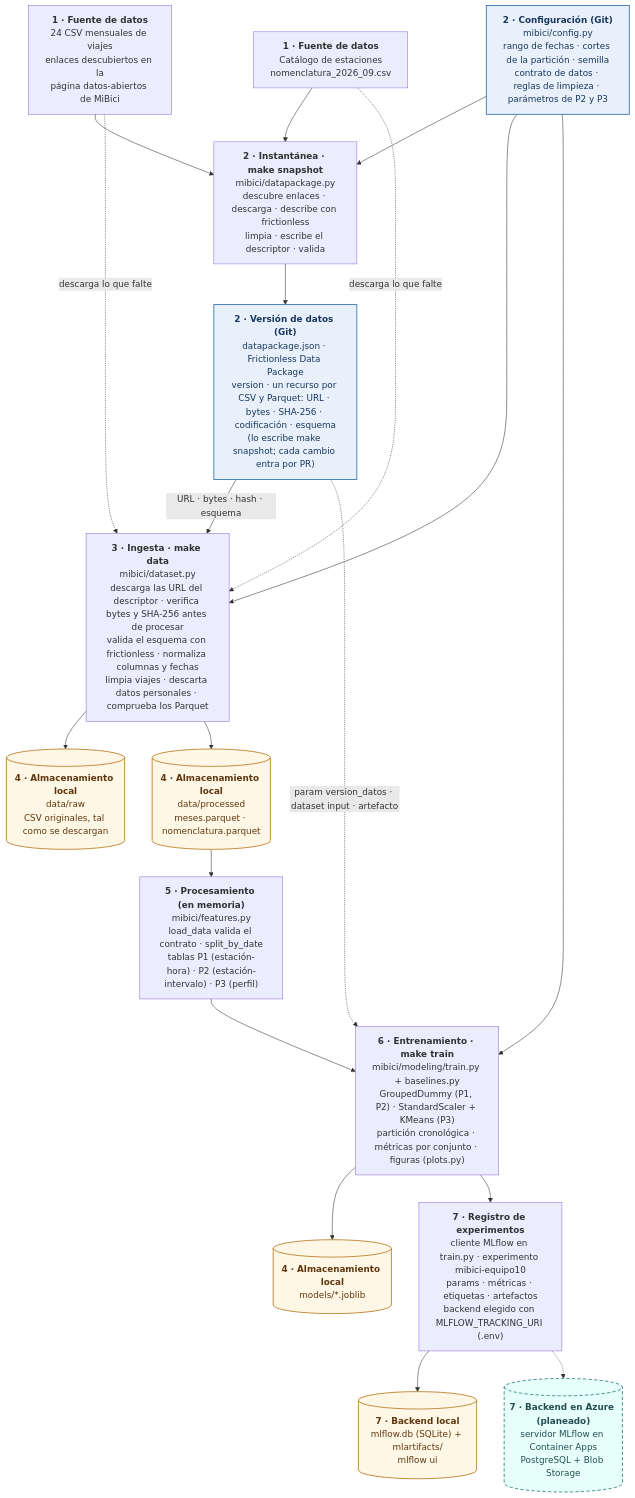
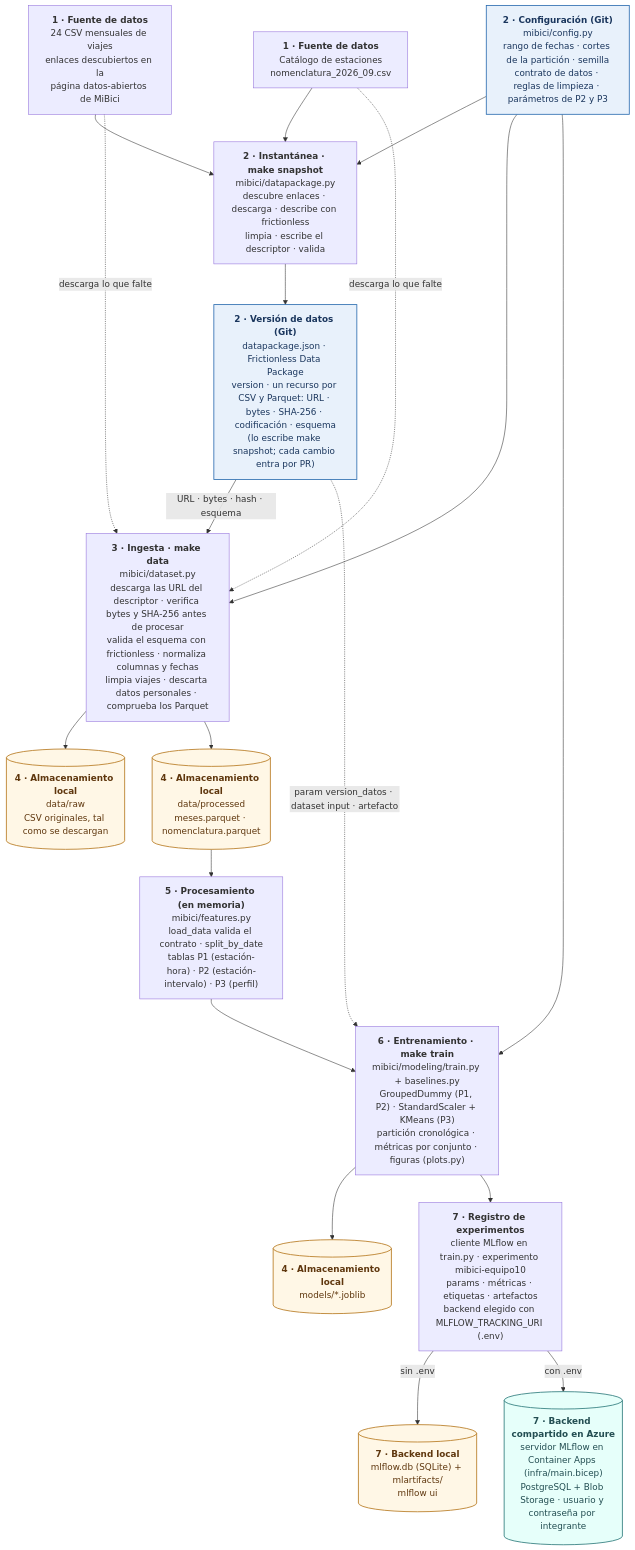
Before and after one commit to WillSagzz/TC5061-Proyecto-Equipo10: the diagram in references/arquitectura.mmd, drawn with Mermaid. The commit also changed 24 other files, not shown here.

First line of the commit message:
feat(infra): despliega el servidor MLflow compartido del equipo en Azure (#17)

```diff
--- a/references/arquitectura.mmd
+++ b/references/arquitectura.mmd
@@ -1,49 +1,49 @@
 %% Arquitectura del sistema · Proyecto MiBici · TC5061 Equipo 10
 %% Fuente de la Figura 2 de la Entrega 01. Se exporta a arquitectura.png con mermaid-cli (ver docs/entregas/entrega01/README.md).
-%% Colores: azul = versionado en Git · naranja = almacenamiento local fuera de Git · verde punteado = servidor en Azure planeado.
+%% Colores: azul = versionado en Git · naranja = almacenamiento local fuera de Git · verde = servidor compartido en Azure (infra/).
 flowchart TB
 
   CSV["<b>1 · Fuente de datos</b><br/>24 CSV mensuales de viajes<br/>enlaces descubiertos en la<br/>página datos-abiertos de MiBici"]
   NOM["<b>1 · Fuente de datos</b><br/>Catálogo de estaciones<br/>nomenclatura_2026_09.csv"]
   CFG["<b>2 · Configuración (Git)</b><br/>mibici/config.py<br/>rango de fechas · cortes de la partición · semilla<br/>contrato de datos · reglas de limpieza · parámetros de P2 y P3"]
   MAN["<b>2 · Versión de datos (Git)</b><br/>datapackage.json · Frictionless Data Package<br/>version · un recurso por CSV y Parquet: URL · bytes · SHA-256 · codificación · esquema<br/>(lo escribe make snapshot; cada cambio entra por PR)"]
   SNAP["<b>2 · Instantánea · make snapshot</b><br/>mibici/datapackage.py<br/>descubre enlaces · descarga · describe con frictionless<br/>limpia · escribe el descriptor · valida"]
 
   INGEST["<b>3 · Ingesta · make data</b><br/>mibici/dataset.py<br/>descarga las URL del descriptor · verifica bytes y SHA-256 antes de procesar<br/>valida el esquema con frictionless · normaliza columnas y fechas<br/>limpia viajes · descarta datos personales · comprueba los Parquet"]
 
   RAW[("<b>4 · Almacenamiento local</b><br/>data/raw<br/>CSV originales, tal como se descargan")]
   PROC[("<b>4 · Almacenamiento local</b><br/>data/processed<br/>meses.parquet · nomenclatura.parquet")]
 
   FEAT["<b>5 · Procesamiento (en memoria)</b><br/>mibici/features.py<br/>load_data valida el contrato · split_by_date<br/>tablas P1 (estación-hora) · P2 (estación-intervalo) · P3 (perfil)"]
 
   TRAIN["<b>6 · Entrenamiento · make train</b><br/>mibici/modeling/train.py + baselines.py<br/>GroupedDummy (P1, P2) · StandardScaler + KMeans (P3)<br/>partición cronológica · métricas por conjunto · figuras (plots.py)"]
   MODELS[("<b>4 · Almacenamiento local</b><br/>models/*.joblib")]
 
   CLIENT["<b>7 · Registro de experimentos</b><br/>cliente MLflow en train.py · experimento mibici-equipo10<br/>params · métricas · etiquetas · artefactos<br/>backend elegido con MLFLOW_TRACKING_URI (.env)"]
   LOCAL[("<b>7 · Backend local</b><br/>mlflow.db (SQLite) + mlartifacts/<br/>mlflow ui")]
-  AZURE[("<b>7 · Backend en Azure (planeado)</b><br/>servidor MLflow en Container Apps<br/>PostgreSQL + Blob Storage")]
+  AZURE[("<b>7 · Backend compartido en Azure</b><br/>servidor MLflow en Container Apps (infra/main.bicep)<br/>PostgreSQL + Blob Storage · usuario y contraseña por integrante")]
 
   CSV --> SNAP
   NOM --> SNAP
   CFG --> SNAP
   SNAP --> MAN
   MAN -- "URL · bytes · hash · esquema" --> INGEST
   CSV -. "descarga lo que falte" .-> INGEST
   NOM -. "descarga lo que falte" .-> INGEST
   CFG --> INGEST
   INGEST --> RAW
   INGEST --> PROC
   PROC --> FEAT --> TRAIN
   CFG --> TRAIN
   MAN -. "param version_datos · dataset input · artefacto" .-> TRAIN
   TRAIN --> MODELS
   TRAIN --> CLIENT
-  CLIENT --> LOCAL
-  CLIENT -.-> AZURE
+  CLIENT -- "sin .env" --> LOCAL
+  CLIENT -- "con .env" --> AZURE
 
   classDef git fill:#e8f1fb,stroke:#2b6cb0,stroke-width:1.5px,color:#1a365d
   classDef local fill:#fff7e6,stroke:#b7791f,stroke-width:1.5px,color:#5f370e
-  classDef cloud fill:#e6fffa,stroke:#2c7a7b,stroke-width:1.5px,color:#234e52,stroke-dasharray:6 4
+  classDef cloud fill:#e6fffa,stroke:#2c7a7b,stroke-width:1.5px,color:#234e52
   class CFG,MAN git
   class RAW,PROC,MODELS,LOCAL local
   class AZURE cloud
```
